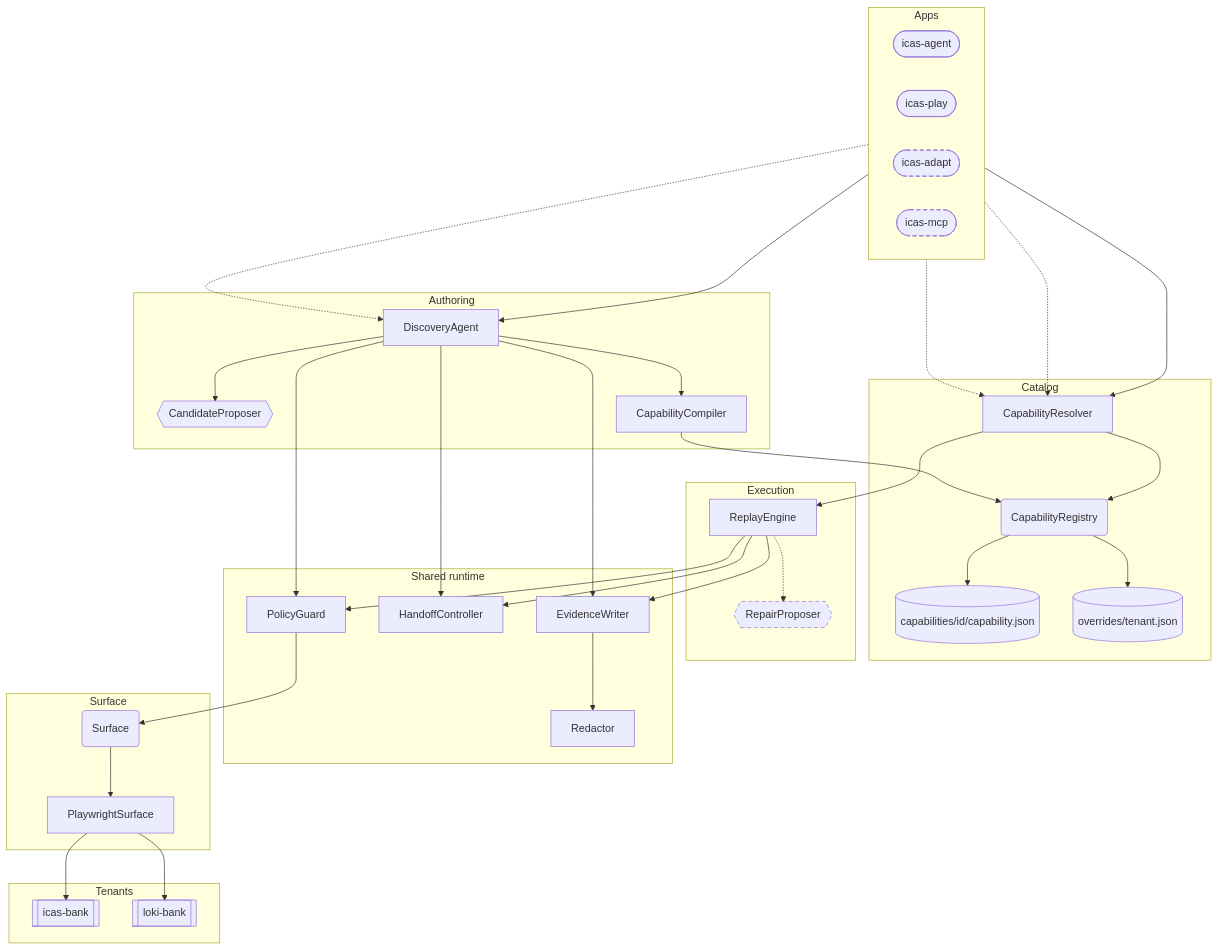
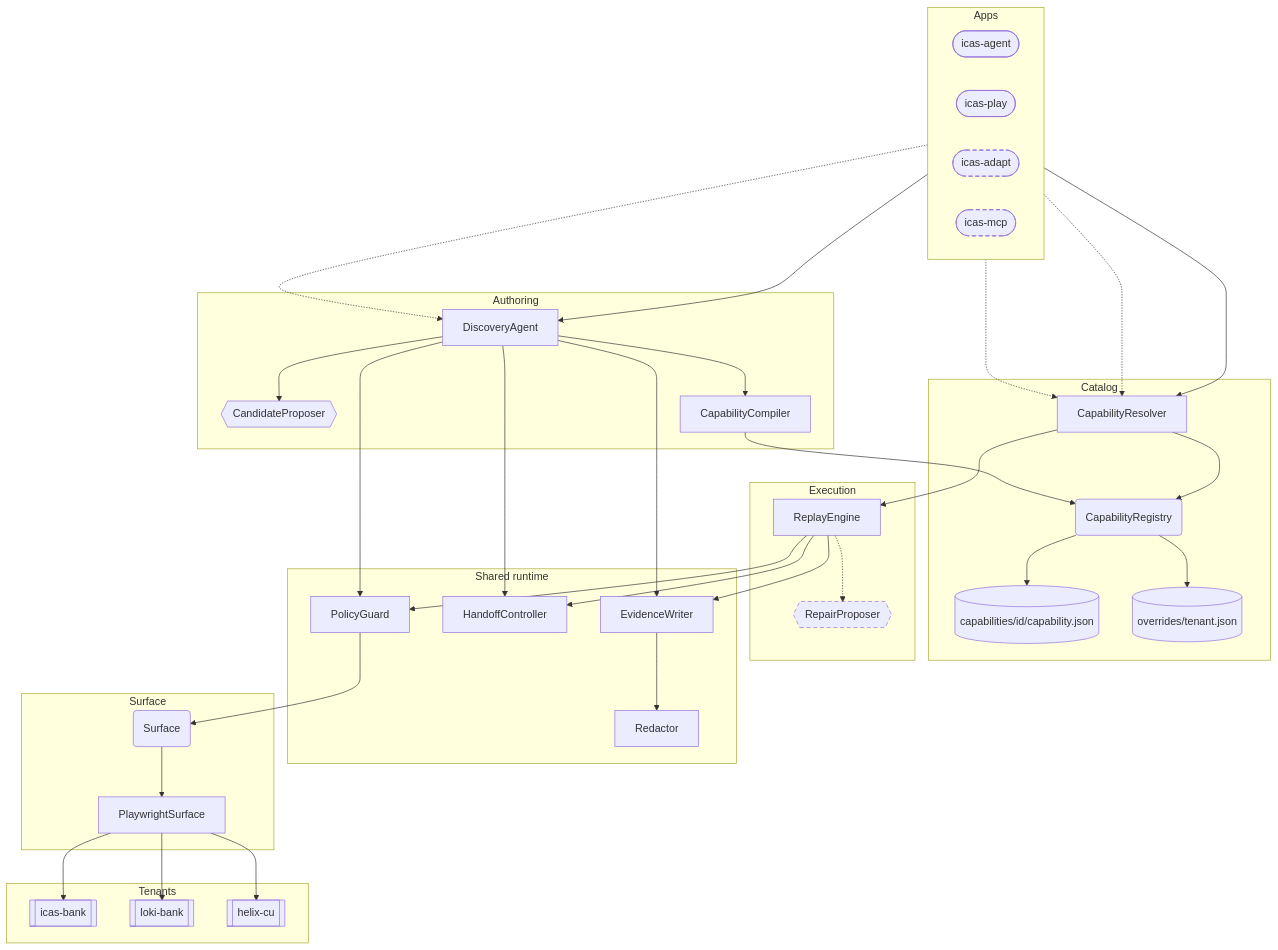
One commit to ankinelaturu/icas changed the third of 17 diagrams in docs/00-system-design.md. Above: the diagram before and after it, drawn with Mermaid. The commit also changed other lines of this file and 2 other files, not shown here.

First line of the commit message:
feat(system-design): add helix-cu integration to ICAS flowchart and documentation

````diff
--- a/docs/00-system-design.md
+++ b/docs/00-system-design.md
@@ -126,73 +128,75 @@
 ```mermaid
 flowchart TB
   subgraph apps["Apps"]
     direction LR
     agent([icas-agent])
     play([icas-play])
     adapt([icas-adapt])
     mcp([icas-mcp])
   end
 
   subgraph authoring["Authoring"]
     disc[DiscoveryAgent]
     llmDisc{{CandidateProposer}}
     compiler[CapabilityCompiler]
     disc --> llmDisc
     disc --> compiler
   end
 
   subgraph catalog["Catalog"]
     registry(CapabilityRegistry)
     resolver[CapabilityResolver]
     base[("capabilities/id/capability.json")]
     ov[("overrides/tenant.json")]
     registry --> base
     registry --> ov
     resolver --> registry
   end
 
   subgraph execution["Execution"]
     engine[ReplayEngine]
     assist{{RepairProposer}}
     engine -.-> assist
   end
 
   subgraph shared["Shared runtime"]
     policy[PolicyGuard]
     redactor[Redactor]
     handoff[HandoffController]
     evidence[EvidenceWriter]
   end
 
   subgraph surfaceBox["Surface"]
     seam(Surface)
     pw[PlaywrightSurface]
     seam --> pw
   end
 
   subgraph tenants["Tenants"]
     bank[["icas-bank"]]
     loki[["loki-bank"]]
+    helix[["helix-cu"]]
   end
 
   agent --> disc
   compiler --> registry
   play --> resolver
   mcp -.-> resolver
   adapt -.-> resolver
   adapt -.-> disc
   resolver --> engine
   engine --> policy
   disc --> policy
   policy --> seam
   engine --> handoff
   disc --> handoff
   disc --> evidence
   engine --> evidence
   evidence --> redactor
   pw --> bank
   pw --> loki
+  pw --> helix
 
   classDef optional stroke-dasharray: 6 4
   class mcp,adapt,assist optional
 ```
````
